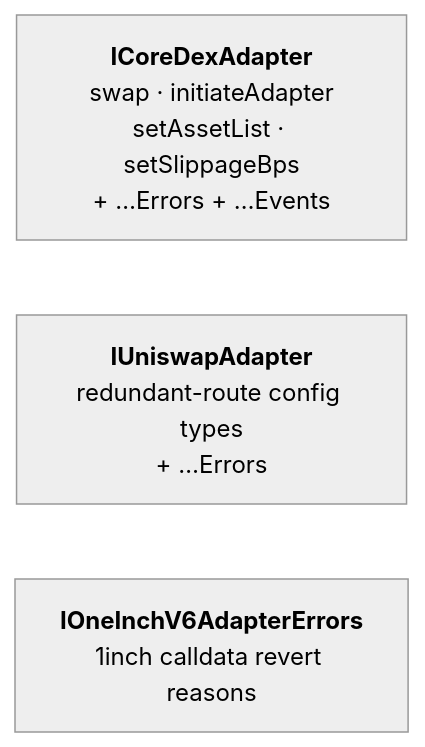
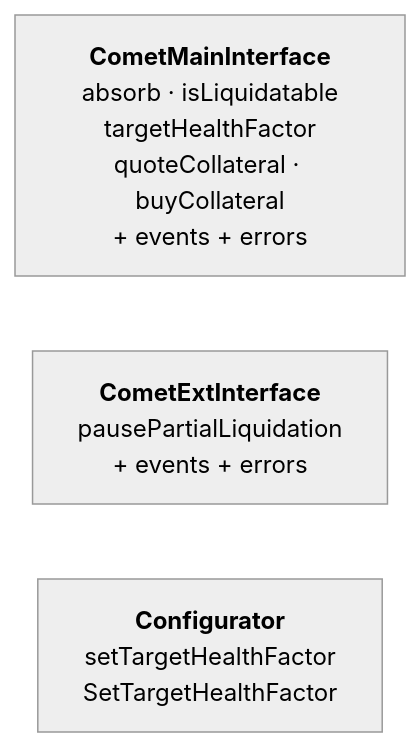
One commit to woof-software/comet changed the sixth of 6 diagrams in docs/liquidation.md. Above: the diagram before and after it, drawn with Mermaid (neutral theme). The commit also changed other lines of this file and 1 other file, not shown here.

Commit message:
docs: update document after mergin partial liq into Comet

````diff
--- a/docs/liquidation.md
+++ b/docs/liquidation.md
@@ -1146,7 +885,7 @@
 ```mermaid
 flowchart TD
-    DCore["<b>ICoreDexAdapter</b><br/>swap · initiateAdapter<br/>setAssetList · setSlippageBps<br/>+ …Errors + …Events"]
-    Uni["<b>IUniswapAdapter</b><br/>redundant-route config types<br/>+ …Errors"]
-    OneInch["<b>IOneInchV6AdapterErrors</b><br/>1inch calldata revert reasons"]
-    DCore ~~~ Uni ~~~ OneInch
+    Main["<b>CometMainInterface</b><br/>absorb · isLiquidatable<br/>targetHealthFactor<br/>quoteCollateral · buyCollateral<br/>+ events + errors"]
+    Ext["<b>CometExtInterface</b><br/>pausePartialLiquidation<br/>+ events + errors"]
+    Cfg["<b>Configurator</b><br/>setTargetHealthFactor<br/>SetTargetHealthFactor"]
+    Main ~~~ Ext ~~~ Cfg
 ```
````
